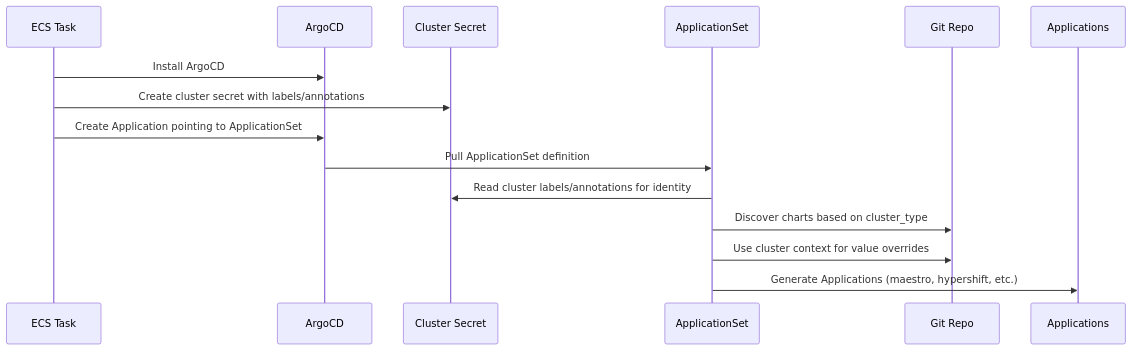
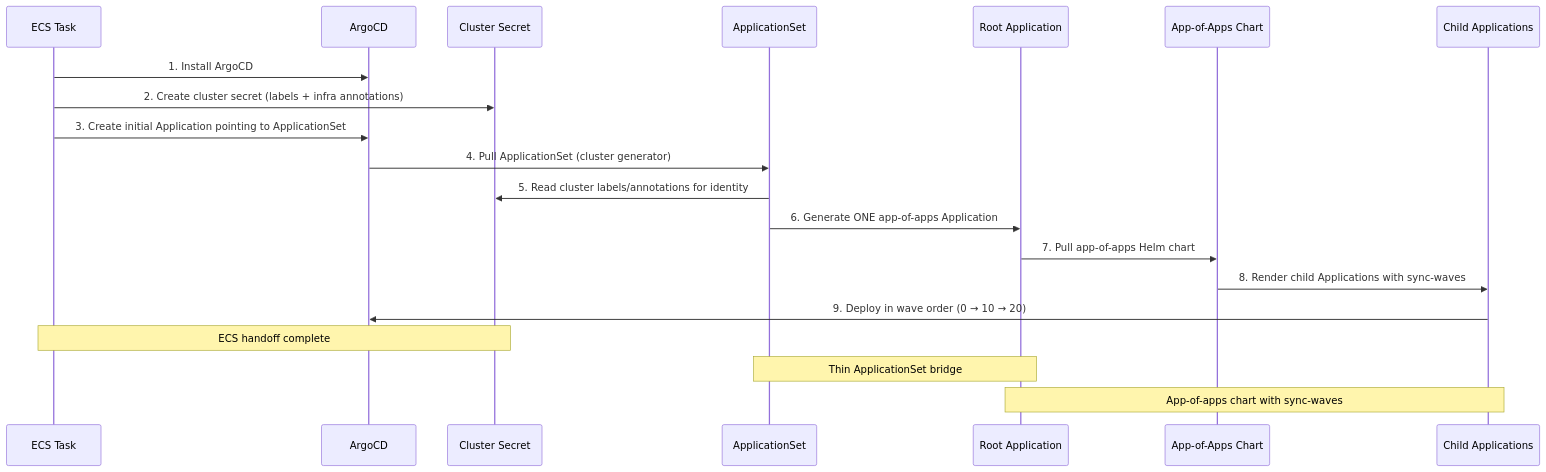
One commit to rosa-regional-platform-ci/rosa-regional-platform changed the diagram in docs/design/gitops-cluster-configuration.md. Above: the diagram before and after it, drawn with Mermaid. The commit also changed other lines of this file and 18 other files, not shown here.

````diff
--- a/docs/design/gitops-cluster-configuration.md
+++ b/docs/design/gitops-cluster-configuration.md
@@ -40,18 +38,24 @@
 ```mermaid
 sequenceDiagram
     participant ECS as ECS Task
     participant ArgoCD as ArgoCD
     participant Secret as Cluster Secret
     participant AppSet as ApplicationSet
-    participant Git as Git Repo
-    participant Apps as Applications
+    participant Root as Root Application
+    participant AoA as App-of-Apps Chart
+    participant Children as Child Applications
 
-    ECS->>ArgoCD: Install ArgoCD
-    ECS->>Secret: Create cluster secret with labels/annotations
-    ECS->>ArgoCD: Create Application pointing to ApplicationSet
-    ArgoCD->>AppSet: Pull ApplicationSet definition
-    AppSet->>Secret: Read cluster labels/annotations for identity
-    AppSet->>Git: Discover charts based on cluster_type
-    AppSet->>Git: Use cluster context for value overrides
-    AppSet->>Apps: Generate Applications (maestro, hypershift, etc.)
+    ECS->>ArgoCD: 1. Install ArgoCD
+    ECS->>Secret: 2. Create cluster secret (labels + infra annotations)
+    ECS->>ArgoCD: 3. Create initial Application pointing to ApplicationSet
+    ArgoCD->>AppSet: 4. Pull ApplicationSet (cluster generator)
+    AppSet->>Secret: 5. Read cluster labels/annotations for identity
+    AppSet->>Root: 6. Generate ONE app-of-apps Application
+    Root->>AoA: 7. Pull app-of-apps Helm chart
+    AoA->>Children: 8. Render child Applications with sync-waves
+    Children->>ArgoCD: 9. Deploy in wave order (0 → 10 → 20)
+
+    Note over ECS,Secret: ECS handoff complete
+    Note over AppSet,Root: Thin ApplicationSet bridge
+    Note over Root,Children: App-of-apps chart with sync-waves
 ```
````
